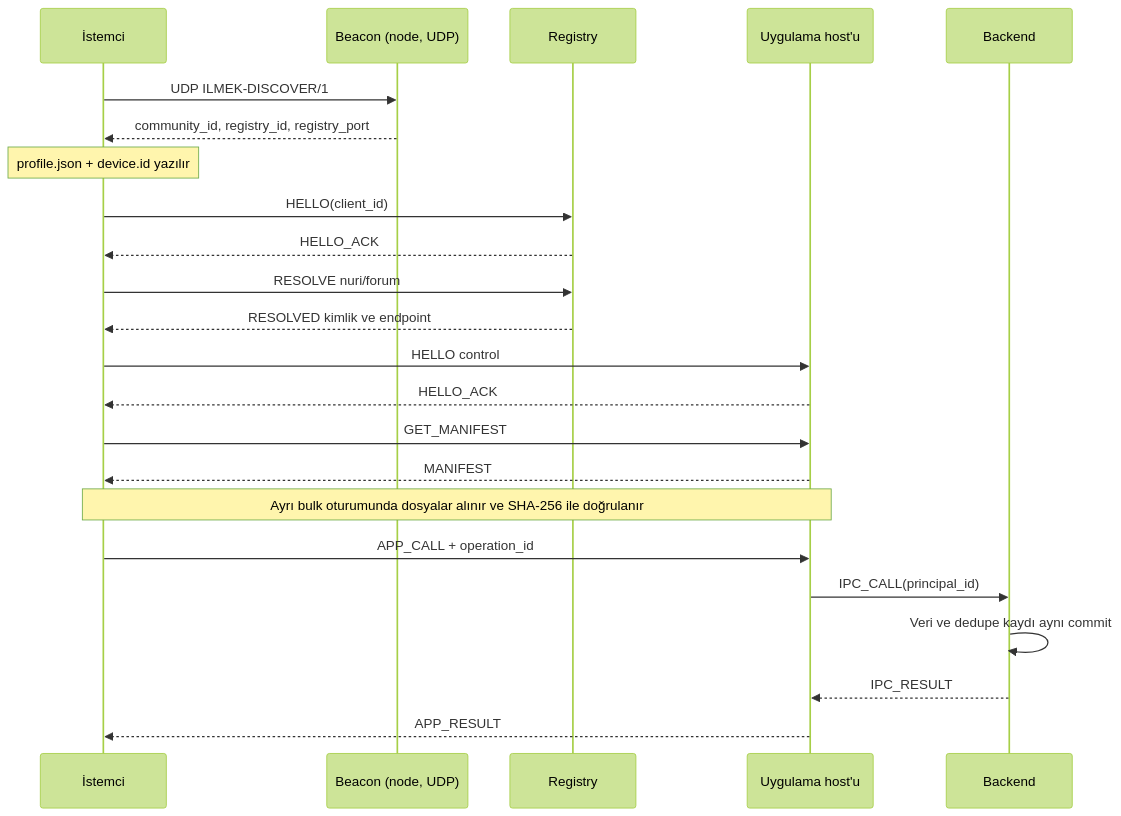
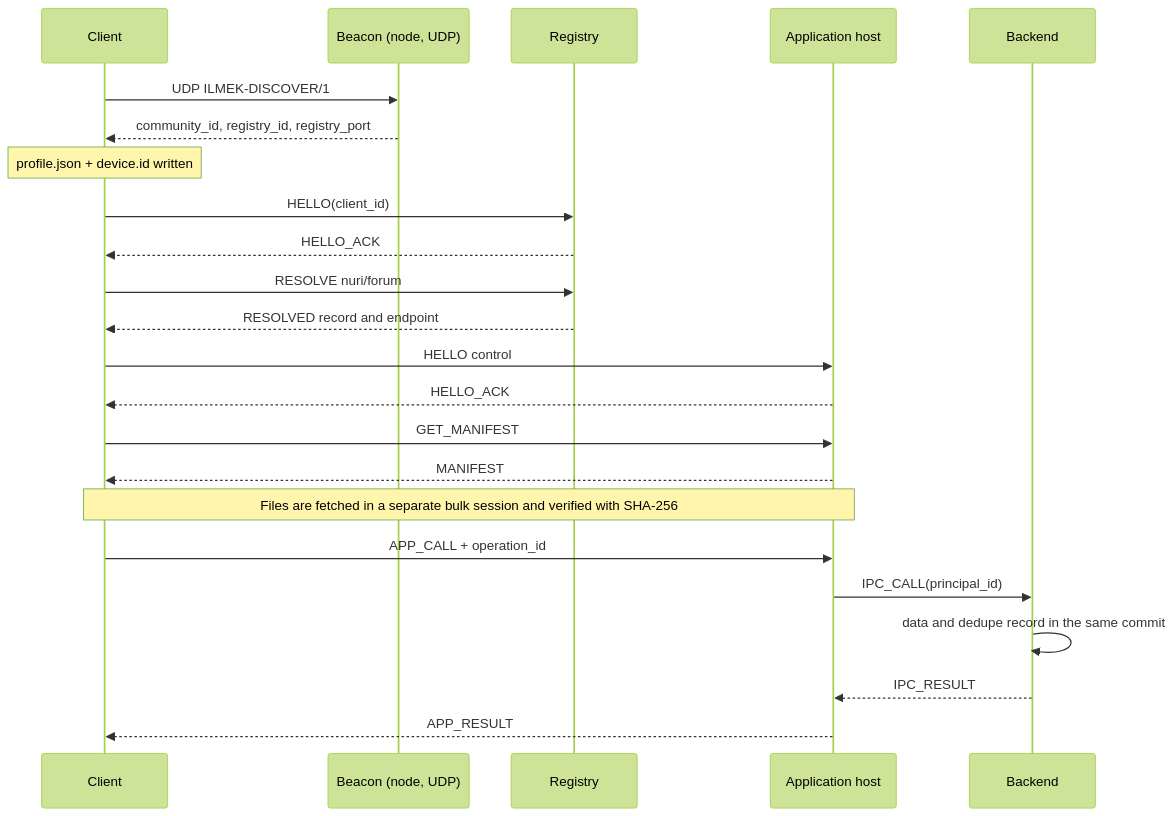
One commit to nuricanozturk01/project-ilmek changed the third of 4 diagrams in PROTOCOL.md. Above: the diagram before and after it, drawn with Mermaid (forest theme). The commit also changed other lines of this file and 92 other files, not shown here.

````diff
--- a/PROTOCOL.md
+++ b/PROTOCOL.md
@@ -483,25 +477,25 @@
 ```mermaid
 sequenceDiagram
-    participant C as İstemci
+    participant C as Client
     participant B as Beacon (node, UDP)
     participant R as Registry
-    participant H as Uygulama host'u
+    participant H as Application host
     participant K as Backend
     C->>B: UDP ILMEK-DISCOVER/1
     B-->>C: community_id, registry_id, registry_port
-    Note over C: profile.json + device.id yazılır
+    Note over C: profile.json + device.id written
     C->>R: HELLO(client_id)
     R-->>C: HELLO_ACK
     C->>R: RESOLVE nuri/forum
-    R-->>C: RESOLVED kimlik ve endpoint
+    R-->>C: RESOLVED record and endpoint
     C->>H: HELLO control
     H-->>C: HELLO_ACK
     C->>H: GET_MANIFEST
     H-->>C: MANIFEST
-    Note over C,H: Ayrı bulk oturumunda dosyalar alınır ve SHA-256 ile doğrulanır
+    Note over C,H: Files are fetched in a separate bulk session and verified with SHA-256
     C->>H: APP_CALL + operation_id
     H->>K: IPC_CALL(principal_id)
-    K->>K: Veri ve dedupe kaydı aynı commit
+    K->>K: data and dedupe record in the same commit
     K-->>H: IPC_RESULT
     H-->>C: APP_RESULT
 ```
````
